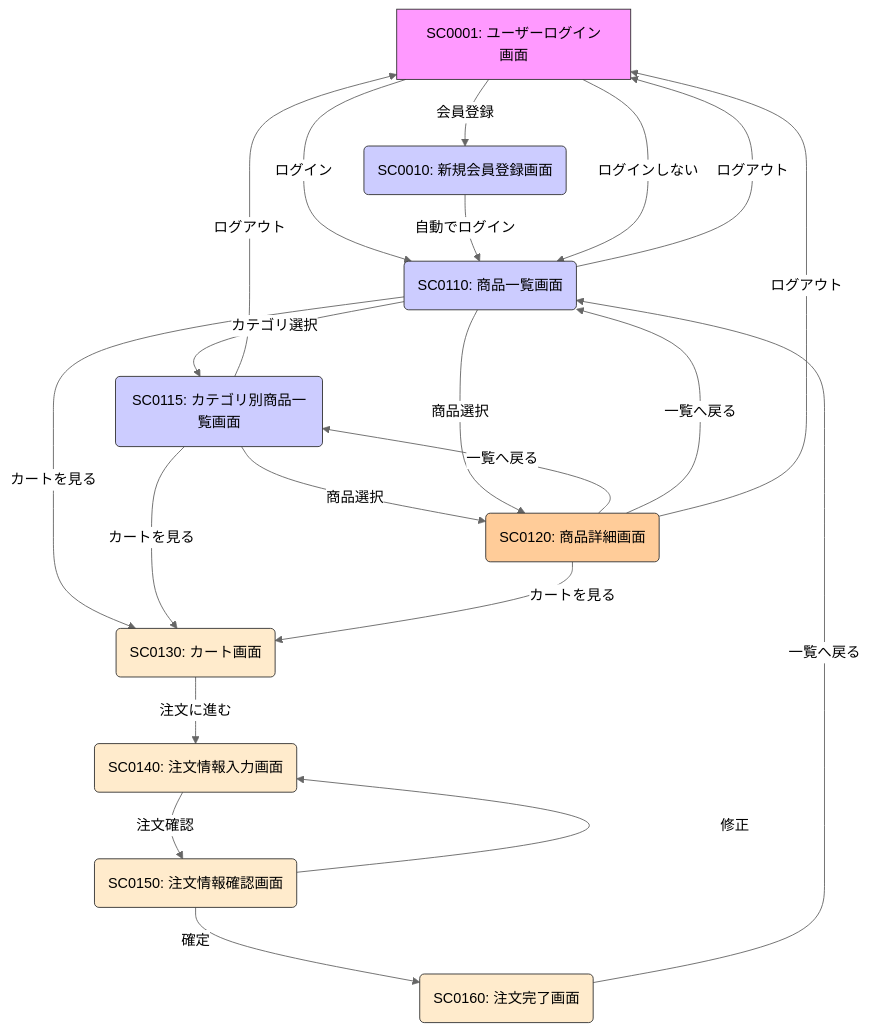
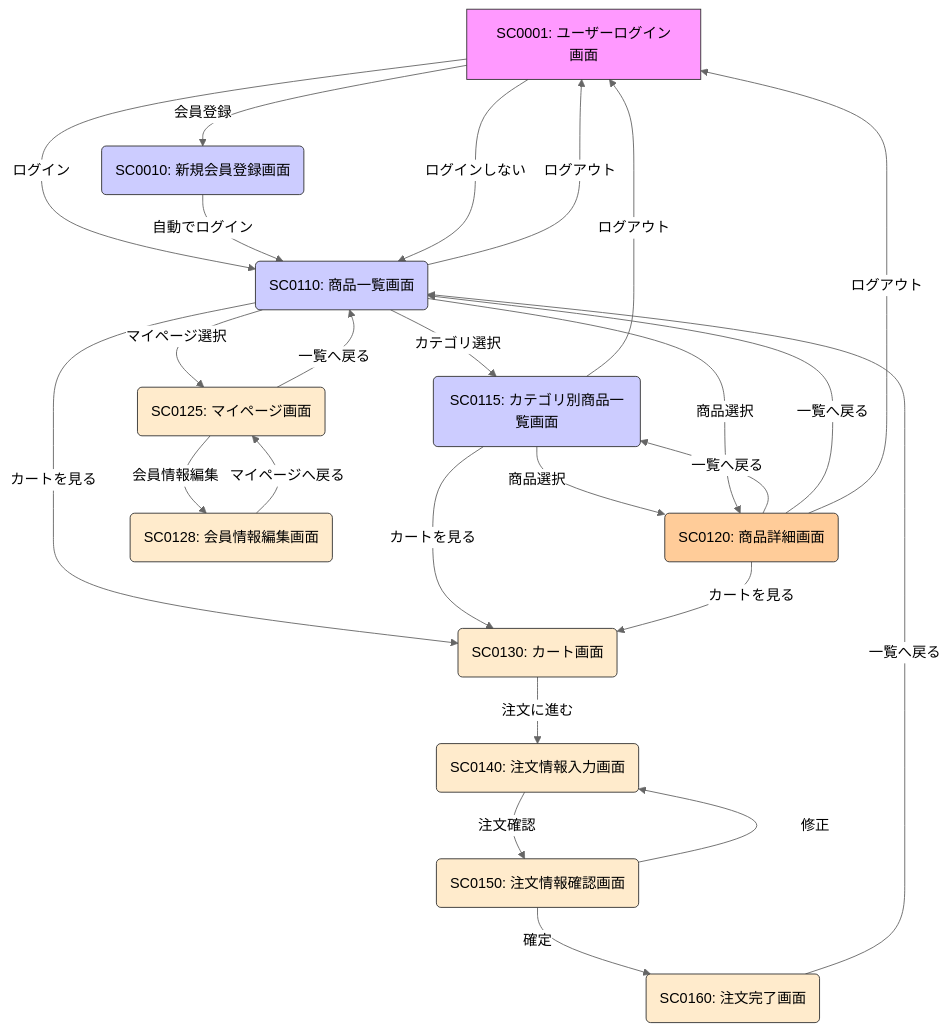
Before and after one commit to YUKlT0/Equipe: the first of 2 diagrams in 基本設計/C.md, drawn with Mermaid (neutral theme). The commit also changed other lines of this file, not shown here.

```diff
--- a/基本設計/C.md
+++ b/基本設計/C.md
@@ -44,42 +46,50 @@
 <div class="mermaid">
 graph TD
     A[SC0001: ユーザーログイン画面] -- ログイン --> C(SC0110: 商品一覧画面);
 
     A -- 会員登録 --> B(SC0010: 新規会員登録画面);
 
     B -- 自動でログイン --> C;
 
     A -- ログインしない --> C;
 
     C -- カテゴリ選択 --> D(SC0115: カテゴリ別商品一覧画面);
     D -- 商品選択 --> E(SC0120: 商品詳細画面);
     E -- 一覧へ戻る --> D;
 　
+    C -- マイページ選択 --> V(SC0125: マイページ画面);
+    V -- 一覧へ戻る --> C;
+
+    V -- 会員情報編集 --> W(SC0128: 会員情報編集画面);
+    W -- マイページへ戻る --> V;
+
     C -- 商品選択 --> E(SC0120: 商品詳細画面);
     E -- 一覧へ戻る --> C;
 
     C -- カートを見る --> F(SC0130: カート画面);
     D -- カートを見る --> F;
     E -- カートを見る --> F;
 
     F -- 注文に進む --> G(SC0140: 注文情報入力画面);
     G -- 注文確認 --> H(SC0150: 注文情報確認画面);
     H -- 修正 --> G;
     H -- 確定 --> I(SC0160: 注文完了画面);
     I -- 一覧へ戻る --> C;
 
     C -- ログアウト --> A;
     D -- ログアウト --> A;
     E -- ログアウト --> A; 
 
     style A fill:#f9f,stroke:#333,stroke-width:1px
     style B fill:#ccf,stroke:#333,stroke-width:1px
     style C fill:#ccf,stroke:#333,stroke-width:1px
     style D fill:#ccf,stroke:#333,stroke-width:1px
     style E fill:#ffcc99,stroke:#333,stroke-width:1px,color:#000
     style F fill:#ffebcc,stroke:#333,stroke-width:1px,color:#000
     style G fill:#ffebcc,stroke:#333,stroke-width:1px,color:#000
     style H fill:#ffebcc,stroke:#333,stroke-width:1px,color:#000
     style I fill:#ffebcc,stroke:#333,stroke-width:1px,color:#000
+    style V fill:#ffebcc,stroke:#333,stroke-width:1px,color:#000
+    style W fill:#ffebcc,stroke:#333,stroke-width:1px,color:#000
 
 </div>
```
